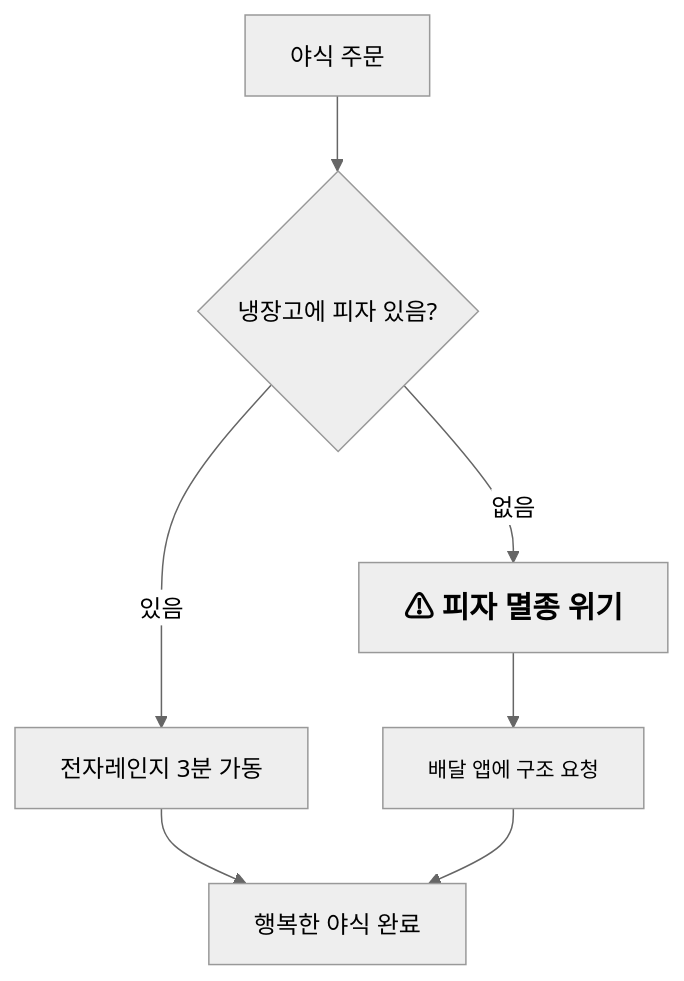
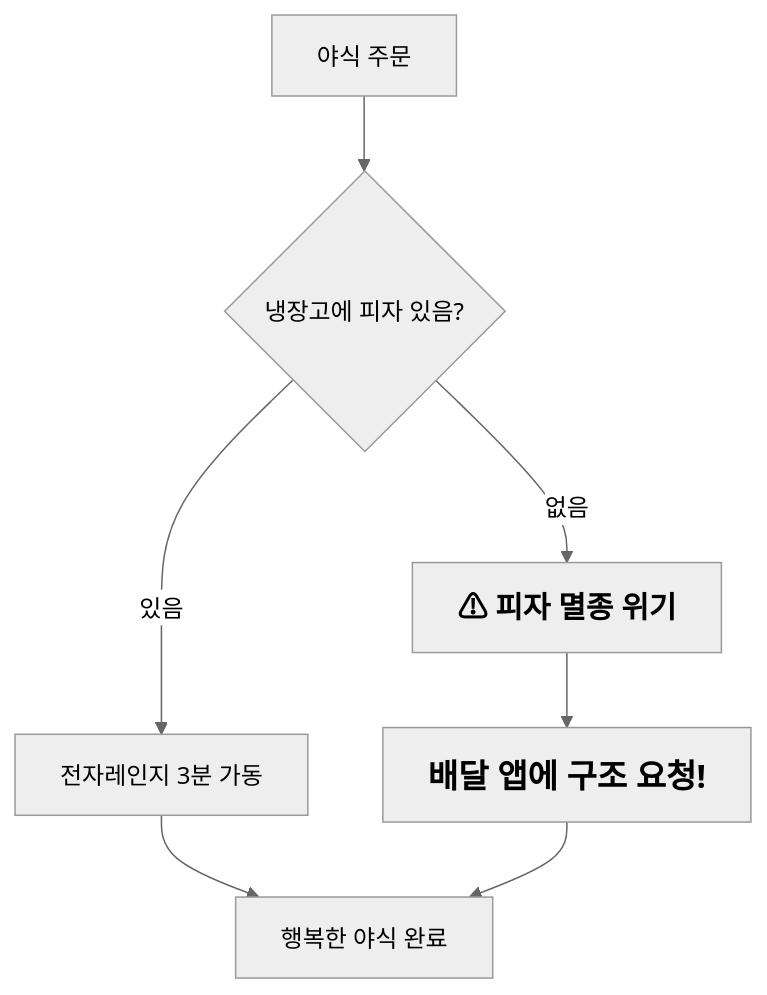
Before and after one commit to kimpro82/MyWebPractice: the first of 6 diagrams in Mermaid/README.md, drawn with Mermaid (neutral theme). The commit also changed 1 other file, not shown here.

Commit message:
Mermaid: Update node styling for delivery request in flowchart

````diff
--- a/Mermaid/README.md
+++ b/Mermaid/README.md
@@ -28,9 +28,9 @@
 ```mermaid
 flowchart TD
     A[야식 주문] --> B{냉장고에 피자 있음?}
     B -->|있음| C[전자레인지 3분 가동]
     B -->|없음| D["<span style='color:#d00000; font-size:20px; font-weight:bold;'>⚠ 피자 멸종 위기</span>"]
-    D --> E["<span style='color:#0d47a1; font-size:14px;'>배달 앱에 구조 요청</span>"]
+    D --> E["<span style='color:#0056b3; font-size:22px; font-weight:bold;'>배달 앱에 구조 요청!</span>"]
     C --> F[행복한 야식 완료]
     E --> F
 ```
````
